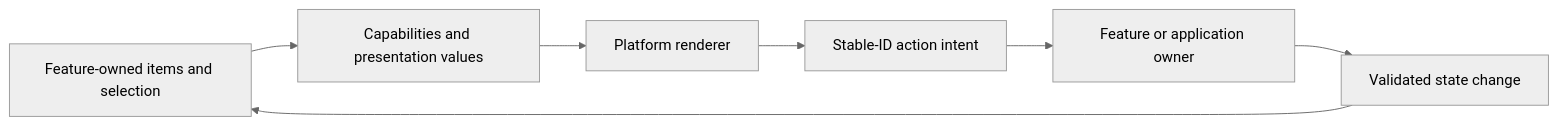
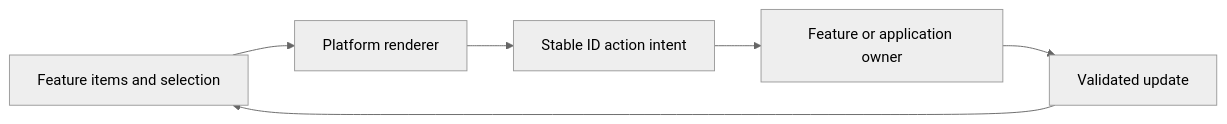
The third of 5 diagrams in openwiki/concepts/ui-design-principles.md (AkinoKaede/Termind), drawn with Mermaid (neutral theme) before and after one commit. The commit also changed other lines of this file and 49 other files, not shown here.

````diff
--- a/openwiki/concepts/ui-design-principles.md
+++ b/openwiki/concepts/ui-design-principles.md
@@ -253,9 +198,8 @@
 ```mermaid
 flowchart LR
-    Data[Feature-owned items and selection] --> Policy[Capabilities and presentation values]
-    Policy --> Renderer[Platform renderer]
-    Renderer --> Intent[Stable-ID action intent]
+    Items[Feature items and selection] --> Renderer[Platform renderer]
+    Renderer --> Intent[Stable ID action intent]
     Intent --> Owner[Feature or application owner]
-    Owner --> Update[Validated state change]
-    Update --> Data
+    Owner --> State[Validated update]
+    State --> Items
 ```
````
